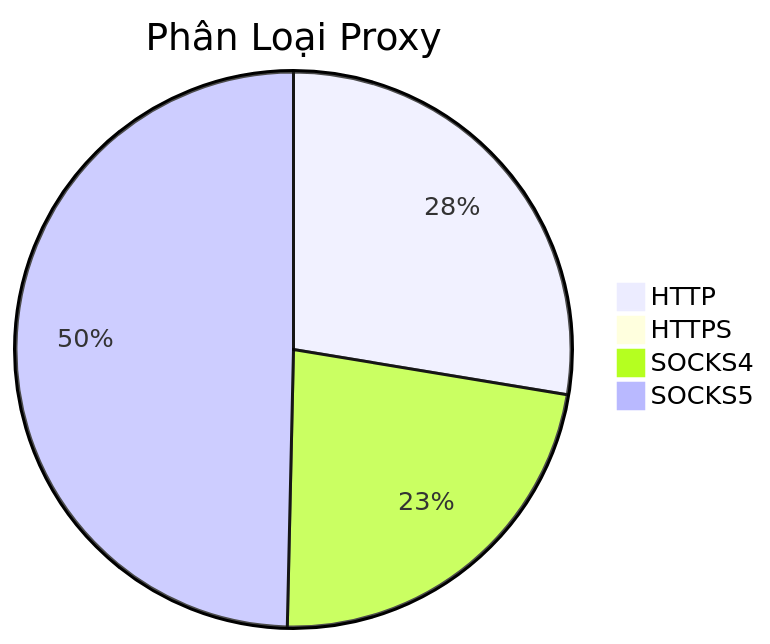
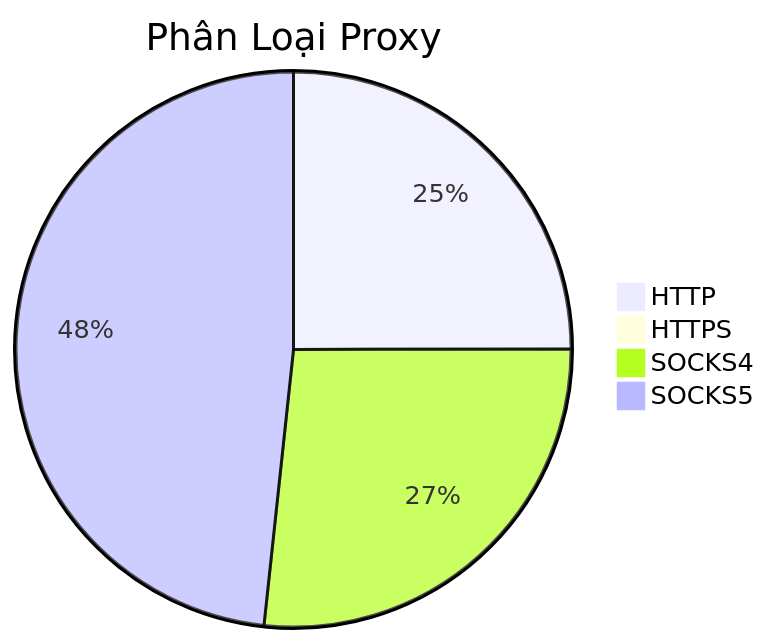
Before and after one commit to Ciara-Aa/PROXY-free: the diagram in README.md, drawn with Mermaid. The commit also changed other lines of this file and 4 other files, not shown here.

````diff
--- a/README.md
+++ b/README.md
@@ -26,7 +26,7 @@
 ```mermaid
 pie title Phân Loại Proxy
-    "HTTP" : 233
-    "HTTPS" : 2
-    "SOCKS4" : 192
-    "SOCKS5" : 419
+    "HTTP" : 228
+    "HTTPS" : 4
+    "SOCKS4" : 244
+    "SOCKS5" : 441
 ```
````
